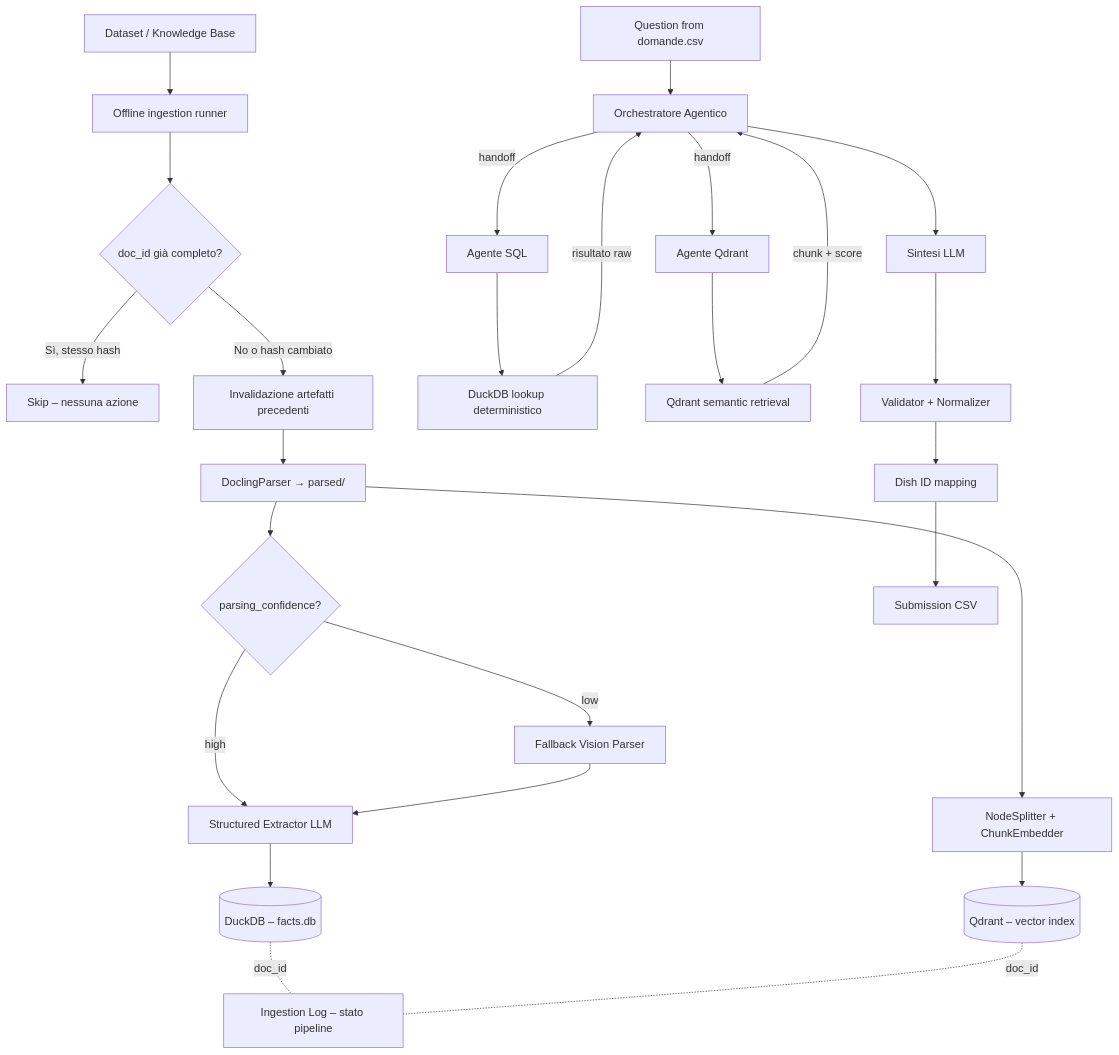
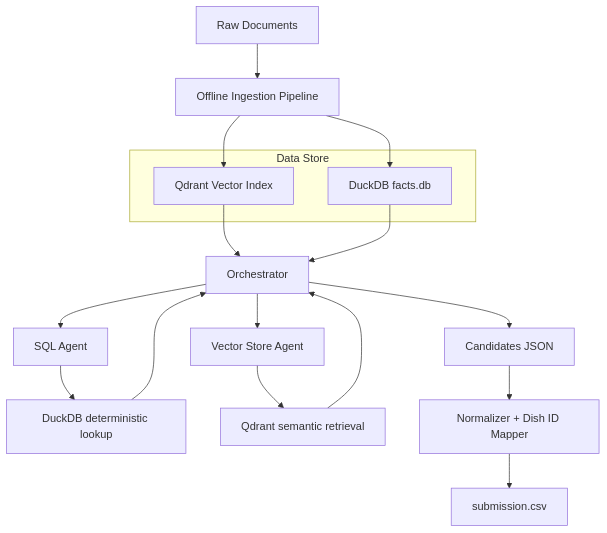
One commit to Manuel-Materazzo/agentic-structured-rag changed the diagram in docs/ARCHITECTURE.md. Above: the diagram before and after it, drawn with Mermaid. The commit also changed other lines of this file and 1 other file, not shown here.

````diff
--- a/docs/ARCHITECTURE.md
+++ b/docs/ARCHITECTURE.md
@@ -96,36 +25,26 @@
 ```mermaid
-flowchart TD
-    A[Dataset / Knowledge Base] --> B[Offline ingestion runner]
+graph TD
+    A[Raw Documents] --> B[Offline Ingestion Pipeline]
 
-    B --> B1{doc_id già completo?}
-    B1 -->|Sì, stesso hash| B2[Skip – nessuna azione]
-    B1 -->|No o hash cambiato| B3[Invalidazione artefatti precedenti]
-    B3 --> C[DoclingParser → parsed/]
+    subgraph Storage [Data Store]
+        C[Qdrant Vector Index]
+        D[DuckDB facts.db]
+    end
 
-    C --> C1{parsing_confidence?}
-    C1 -->|high| D[Structured Extractor LLM]
-    C1 -->|low| C2[Fallback Vision Parser]
-    C2 --> D
+    B --> C
+    B --> D
 
-    D --> F[(DuckDB – facts.db)]
-    C --> E[NodeSplitter + ChunkEmbedder]
-    E --> G[(Qdrant – vector index)]
+    C --> E[Orchestrator]
+    D --> E
 
-    F & G -.doc_id.- H[Ingestion Log – stato pipeline]
+    E --> F[SQL Agent]
+    E --> G[Vector Store Agent]
+    F --> H[DuckDB deterministic lookup]
+    G --> I[Qdrant semantic retrieval]
+    H --> E
+    I --> E
 
-    I[Question from domande.csv] --> J[Orchestratore Agentico]
-
-    J -->|handoff| K[Agente SQL]
-    J -->|handoff| L[Agente Qdrant]
-
-    K --> M[DuckDB lookup deterministico]
-    L --> N[Qdrant semantic retrieval]
-
-    M -->|risultato raw| J
-    N -->|chunk + score| J
-
-    J --> O[Sintesi LLM]
-    O --> P[Validator + Normalizer]
-    P --> Q[Dish ID mapping]
-    Q --> R[Submission CSV]
+    E --> J[Candidates JSON]
+    J --> K[Normalizer + Dish ID Mapper]
+    K --> L[submission.csv]
 ```
````
